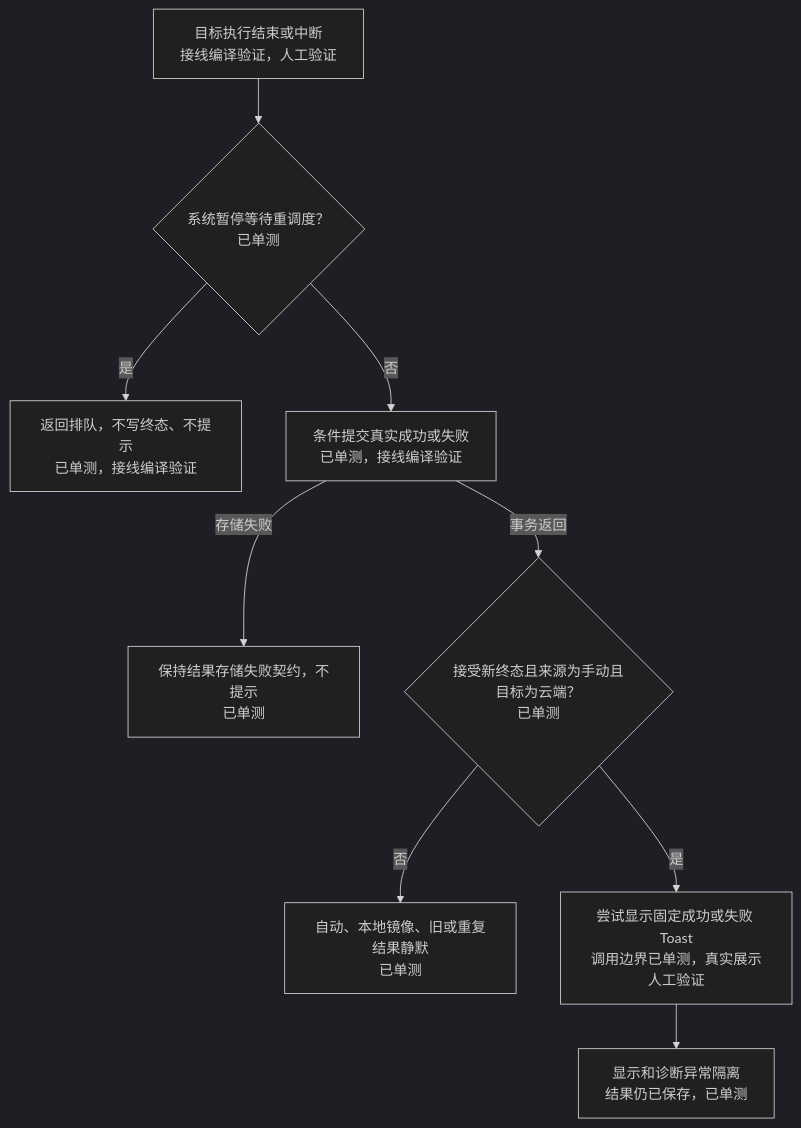
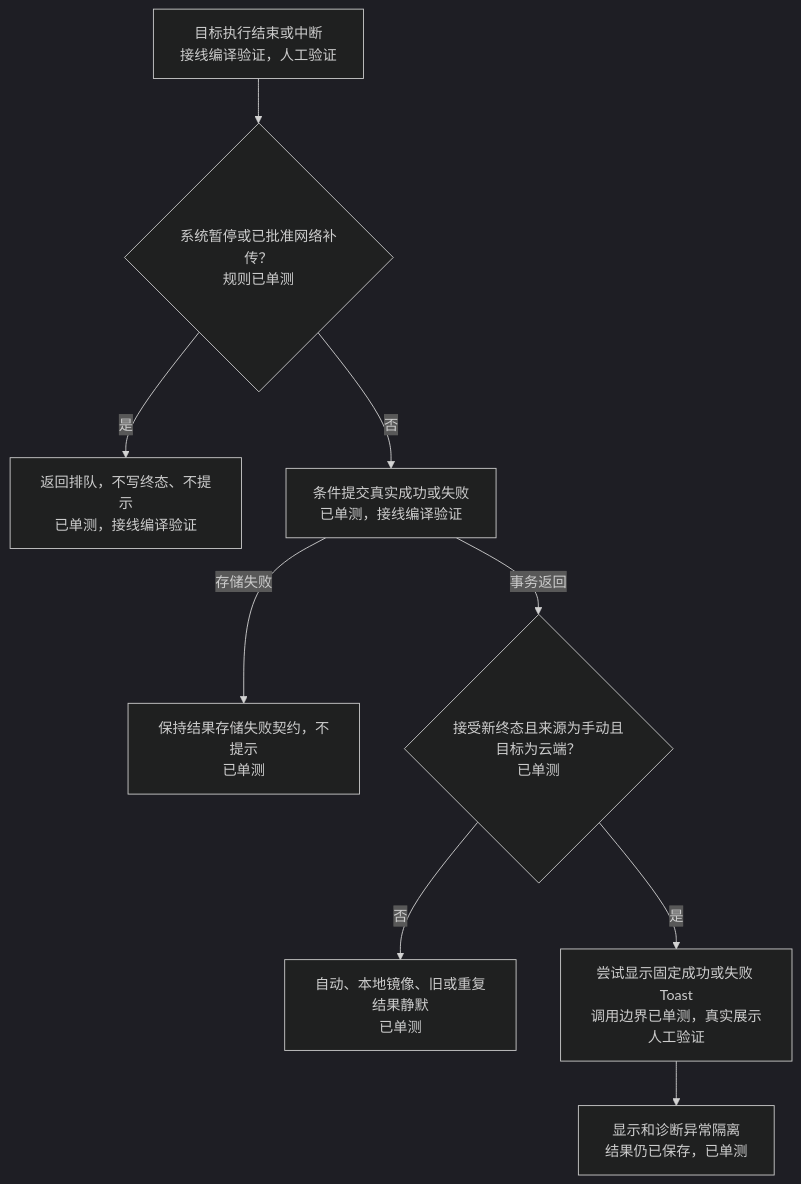
Before and after one commit to lwcla/ClipMaster: the third of 15 diagrams in docs/webdav_backup_plan.md, drawn with Mermaid (dark theme). The commit also changed other lines of this file and 25 other files, not shown here.

````diff
--- a/docs/webdav_backup_plan.md
+++ b/docs/webdav_backup_plan.md
@@ -1118,12 +1278,12 @@
 ```mermaid
 %% title: 当前实现：手动云端完成反馈
 flowchart TD
-    Finish["目标执行结束或中断<br/>接线编译验证，人工验证"] --> Pause{"系统暂停等待重调度？<br/>已单测"}
+    Finish["目标执行结束或中断<br/>接线编译验证，人工验证"] --> Pause{"系统暂停或已批准网络补传？<br/>规则已单测"}
     Pause -->|是| Queued["返回排队，不写终态、不提示<br/>已单测，接线编译验证"]
     Pause -->|否| Record["条件提交真实成功或失败<br/>已单测，接线编译验证"]
     Record -->|存储失败| StoreFailed["保持结果存储失败契约，不提示<br/>已单测"]
     Record -->|事务返回| Allowed{"接受新终态且来源为手动且目标为云端？<br/>已单测"}
     Allowed -->|否| Silent["自动、本地镜像、旧或重复结果静默<br/>已单测"]
     Allowed -->|是| Toast["尝试显示固定成功或失败 Toast<br/>调用边界已单测，真实展示人工验证"]
     Toast --> Saved["显示和诊断异常隔离<br/>结果仍已保存，已单测"]
 ```
````
